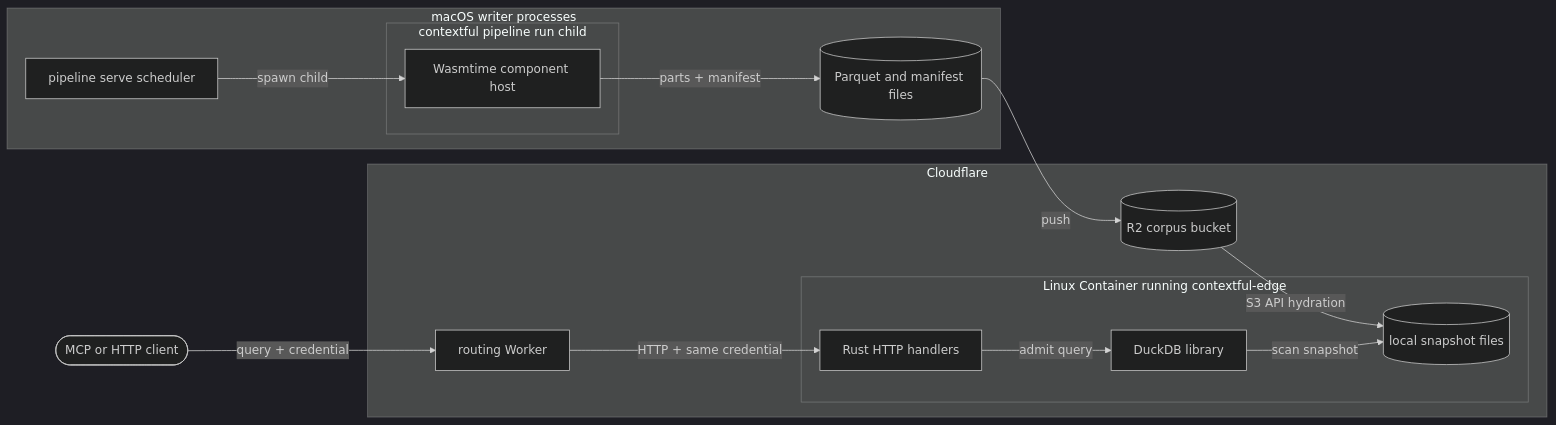
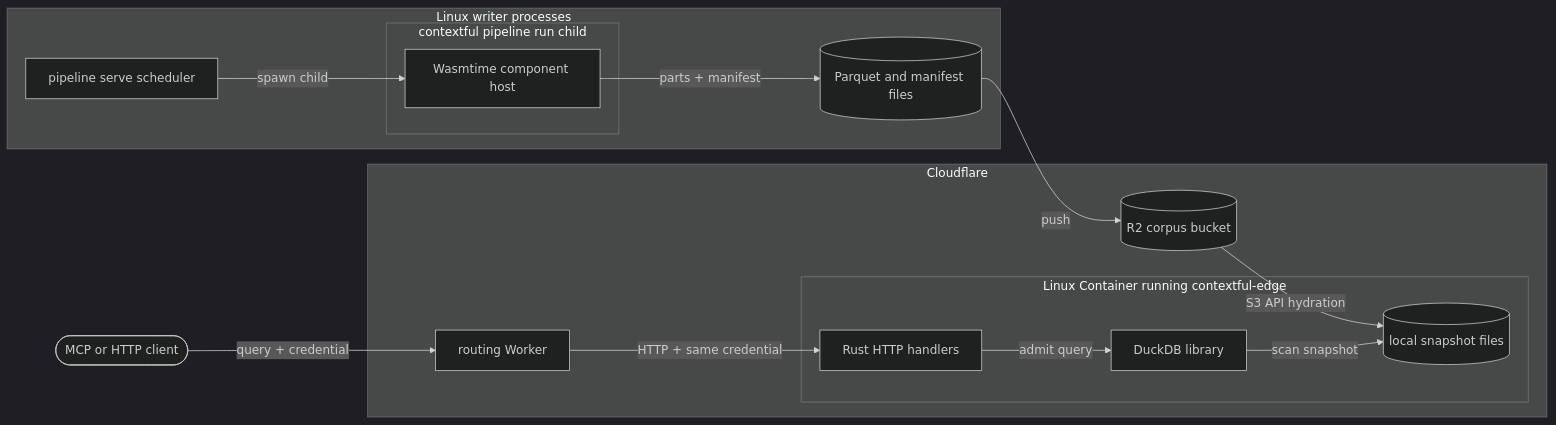
One commit to fractalboxdev/contextful changed the diagram in spec/guide/topology.md. Above: the diagram before and after it, drawn with Mermaid (dark theme). The commit also changed other lines of this file and 8 other files, not shown here.

Commit message:
docs(topology): use Linux reference with native and Docker macOS paths

````diff
--- a/spec/guide/topology.md
+++ b/spec/guide/topology.md
@@ -31,28 +31,28 @@
 ```mermaid
 flowchart LR
   CALLER(["MCP or HTTP client"]):::muted
-  subgraph SERVER["macOS writer processes"]
+  subgraph SERVER["Linux writer processes"]
     TICK["pipeline serve scheduler"]:::accent
     subgraph CHILD["contextful pipeline run child"]
       STEP["Wasmtime component host"]:::accent
     end
     STORE[("Parquet and manifest files")]:::store
   end
   subgraph PROV["Cloudflare"]
     HOP["routing Worker"]:::accent
     BUCKET[("R2 corpus bucket")]:::store
     subgraph RET["Linux Container running contextful-edge"]
       FACE["Rust HTTP handlers"]:::accent
       SQL["DuckDB library"]:::accent
       COPY[("local snapshot files")]:::store
     end
   end
   TICK -- "spawn child" --> STEP
   STEP -- "parts + manifest" --> STORE
   STORE -- "push" --> BUCKET
   BUCKET -- "S3 API hydration" --> COPY
   CALLER -- "query + credential" --> HOP
   HOP -- "HTTP + same credential" --> FACE
   FACE -- "admit query" --> SQL
   SQL -- "scan snapshot" --> COPY
 ```
````
